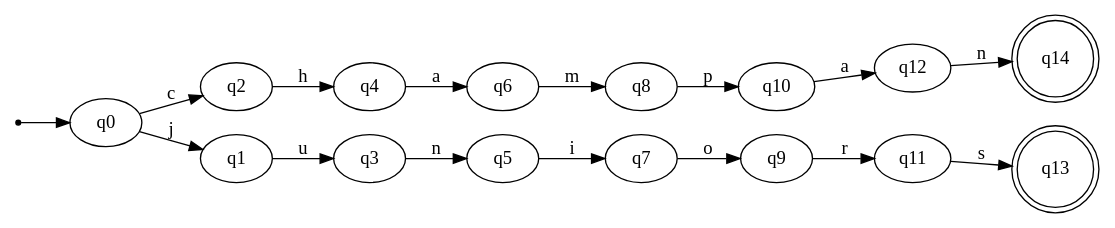
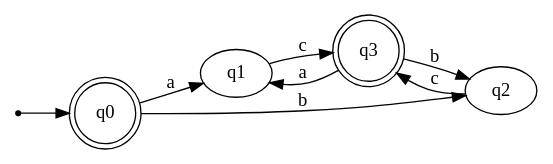
Before and after one commit to eabalestra/nondeterministic-finite-automaton: the diagram in example-automatons/automata_dfa.dot, drawn with Graphviz. The commit also changed 8 other files, not shown here.

```diff
--- a/example-automatons/automata_dfa.dot
+++ b/example-automatons/automata_dfa.dot
@@ -1,54 +1,24 @@
 digraph{
     rankdir=LR;
     inic[shape=point];
 
     inic->q0;
 
-    q0->q2 [label="c"];
-    q0->q1 [label="j"];
-    q1->q3 [label="u"];
-    q2->q4 [label="h"];
-    q3->q5 [label="n"];
-    q4->q6 [label="a"];
-    q5->q7 [label="i"];
-    q6->q8 [label="m"];
-    q7->q9 [label="o"];
-    q8->q10 [label="p"];
-    q9->q11 [label="r"];
-    q10->q12 [label="a"];
-    q11->q13 [label="s"];
-    q12->q14 [label="n"];
+    q0->q1 [label="a"];
+    q0->q2 [label="b"];
 
-    q13[shape=doublecircle];
+    q0[shape=doublecircle];
+    q1->q3 [label="c"];
+    q2->q3 [label="c"];
+    q3->q1 [label="a"];
+    q3->q2 [label="b"];
 
-    q14[shape=doublecircle];
+    q3[shape=doublecircle];
 }
-//State q0: {0, 1, 9}
+//State q0: {0, 1, 9, 2, 4}
 
-//State q1: {2}
+//State q1: {3, 6, 7}
 
-//State q2: {10}
+//State q2: {5, 6, 7}
 
-//State q3: {3}
-
-//State q4: {11}
-
-//State q5: {4}
-
-//State q6: {12}
-
-//State q7: {5}
-
-//State q8: {13}
-
-//State q9: {6}
-
-//State q10: {14}
-
-//State q11: {7}
-
-//State q12: {15}
-
-//State q13: {8, 17}
-
-//State q14: {16, 17}
+//State q3: {8, 1, 9, 2, 4}
```
